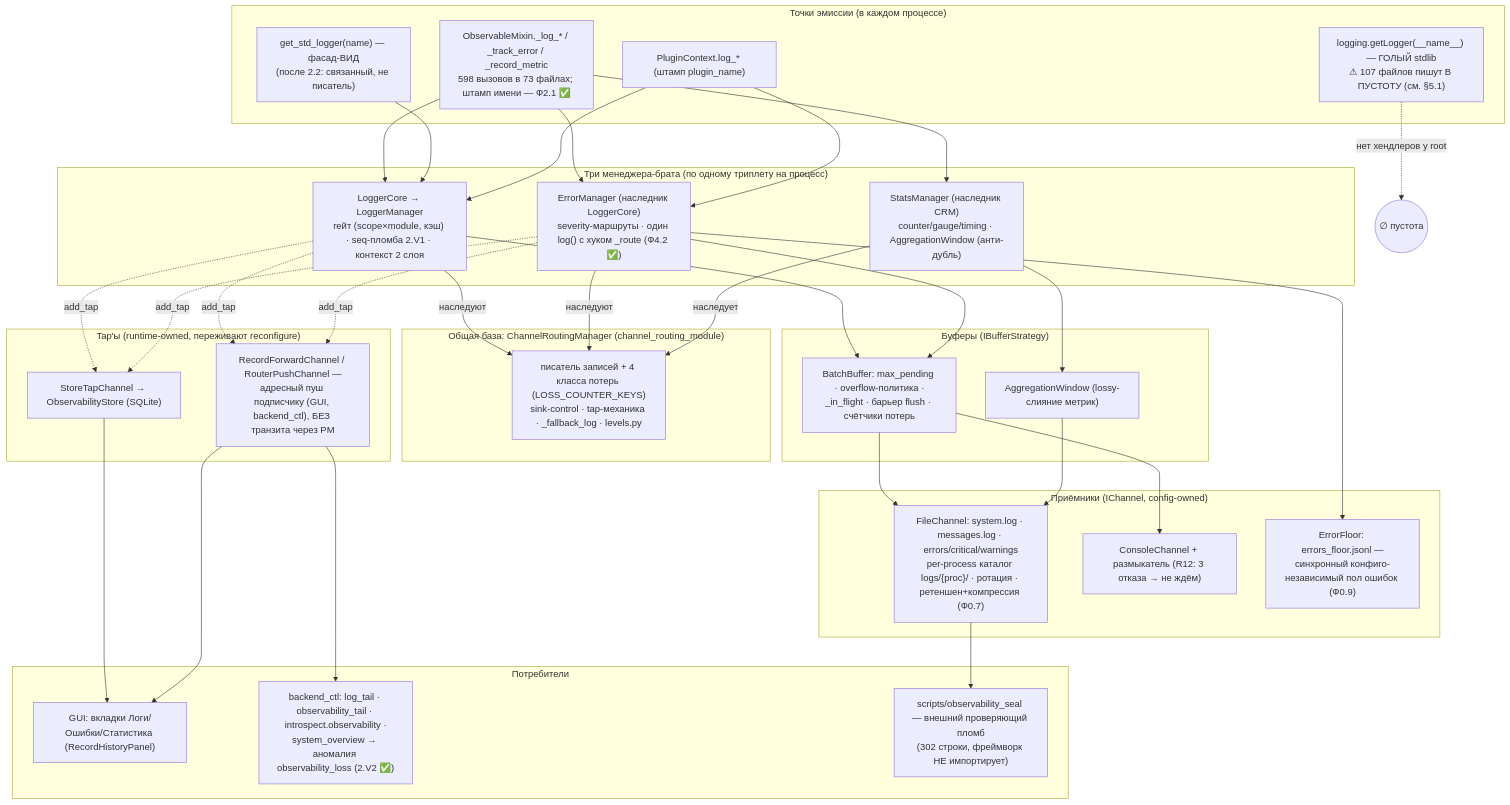
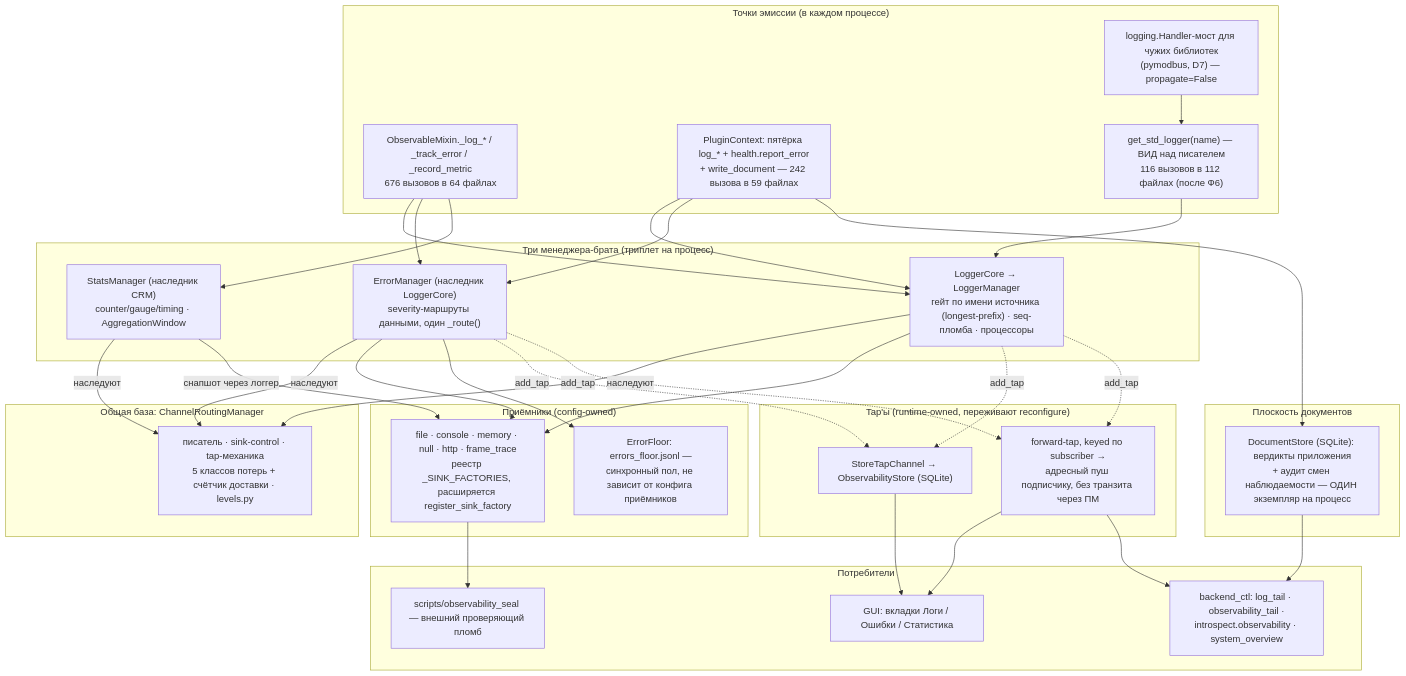
One commit to TWOKRAI/Inspector_bottles changed the diagram in multiprocess_framework/docs/OBSERVABILITY_MAP.md. Above: the diagram before and after it, drawn with Mermaid. The commit also changed other lines of this file and 25 other files, not shown here.

First line of the commit message:
docs(observability): E2 — переписать устаревшее, 18 файлов вместо 8

````diff
--- a/multiprocess_framework/docs/OBSERVABILITY_MAP.md
+++ b/multiprocess_framework/docs/OBSERVABILITY_MAP.md
@@ -16,56 +42,54 @@
 ```mermaid
 flowchart TB
     subgraph EMIT["Точки эмиссии (в каждом процессе)"]
-        MIX["ObservableMixin._log_* / _track_error / _record_metric<br/>598 вызовов в 73 файлах; штамп имени — Ф2.1 ✅"]
-        FAC["get_std_logger(name) — фасад-ВИД<br/>(после 2.2: связанный, не писатель)"]
-        CTX["PluginContext.log_* (штамп plugin_name)"]
-        STD["logging.getLogger(__name__) — ГОЛЫЙ stdlib<br/>⚠ 107 файлов пишут В ПУСТОТУ (см. §5.1)"]
+        MIX["ObservableMixin._log_* / _track_error / _record_metric<br/>676 вызовов в 64 файлах"]
+        CTX["PluginContext: пятёрка log_* + health.report_error<br/>+ write_document — 242 вызова в 59 файлах"]
+        FAC["get_std_logger(name) — ВИД над писателем<br/>116 вызовов в 112 файлах (после Ф6)"]
+        BRG["logging.Handler-мост для чужих библиотек<br/>(pymodbus, D7) — propagate=False"]
     end
 
-    subgraph CRM["Общая база: ChannelRoutingManager (channel_routing_module)"]
-        BASE["писатель записей + 4 класса потерь (LOSS_COUNTER_KEYS)<br/>sink-control · tap-механика · _fallback_log · levels.py"]
+    subgraph CRM["Общая база: ChannelRoutingManager"]
+        BASE["писатель · sink-control · tap-механика<br/>5 классов потерь + счётчик доставки · levels.py"]
     end
 
-    subgraph MGRS["Три менеджера-брата (по одному триплету на процесс)"]
-        LC["LoggerCore → LoggerManager<br/>гейт (scope×module, кэш) · seq-пломба 2.V1 · контекст 2 слоя"]
-        EM["ErrorManager (наследник LoggerCore)<br/>severity-маршруты · один log() с хуком _route (Ф4.2 ✅)"]
-        SM["StatsManager (наследник CRM)<br/>counter/gauge/timing · AggregationWindow (анти-дубль)"]
+    subgraph MGRS["Три менеджера-брата (триплет на процесс)"]
+        LC["LoggerCore → LoggerManager<br/>гейт по имени источника (longest-prefix) · seq-пломба · процессоры"]
+        EM["ErrorManager (наследник LoggerCore)<br/>severity-маршруты данными, один _route()"]
+        SM["StatsManager (наследник CRM)<br/>counter/gauge/timing · AggregationWindow"]
     end
 
-    subgraph BUF["Буферы (IBufferStrategy)"]
-        BB["BatchBuffer: max_pending · overflow-политика ·<br/>_in_flight · барьер flush · счётчики потерь"]
-        AW["AggregationWindow (lossy-слияние метрик)"]
-    end
-
-    subgraph SINKS["Приёмники (IChannel, config-owned)"]
-        FCH["FileChannel: system.log · messages.log · errors/critical/warnings<br/>per-process каталог logs/{proc}/ · ротация · ретеншен+компрессия (Ф0.7)"]
-        CON["ConsoleChannel + размыкатель (R12: 3 отказа → не ждём)"]
-        FLOOR["ErrorFloor: errors_floor.jsonl —<br/>синхронный конфиго-независимый пол ошибок (Ф0.9)"]
+    subgraph SINKS["Приёмники (config-owned)"]
+        FCH["file · console · memory · null · http · frame_trace<br/>реестр _SINK_FACTORIES, расширяется register_sink_factory"]
+        FLOOR["ErrorFloor: errors_floor.jsonl —<br/>синхронный пол, не зависит от конфига приёмников"]
     end
 
     subgraph TAPS["Tap'ы (runtime-owned, переживают reconfigure)"]
         STORE["StoreTapChannel → ObservabilityStore (SQLite)"]
-        FWD["RecordForwardChannel / RouterPushChannel —<br/>адресный пуш подписчику (GUI, backend_ctl), БЕЗ транзита через PM"]
+        FWD["forward-tap, keyed по subscriber →<br/>адресный пуш подписчику, без транзита через ПМ"]
+    end
+
+    subgraph DOCS["Плоскость документов"]
+        DS["DocumentStore (SQLite): вердикты приложения<br/>+ аудит смен наблюдаемости — ОДИН экземпляр на процесс"]
     end
 
     subgraph CONSUMERS["Потребители"]
-        GUI["GUI: вкладки Логи/Ошибки/Статистика (RecordHistoryPanel)"]
-        CTL["backend_ctl: log_tail · observability_tail · introspect.observability ·<br/>system_overview → аномалия observability_loss (2.V2 ✅)"]
-        SEAL["scripts/observability_seal — внешний проверяющий пломб<br/>(302 строки, фреймворк НЕ импортирует)"]
+        GUI["GUI: вкладки Логи / Ошибки / Статистика"]
+        CTL["backend_ctl: log_tail · observability_tail ·<br/>introspect.observability · system_overview"]
+        SEAL["scripts/observability_seal — внешний проверяющий пломб"]
     end
 
     MIX --> LC & EM & SM
+    CTX --> LC & EM & DS
     FAC --> LC
-    CTX --> LC & EM
-    STD -.->|"нет хендлеров у root"| VOID(("∅ пустота"))
-    LC & EM -->|наследуют| BASE
-    SM -->|наследует| BASE
-    LC --> BB --> FCH & CON
-    EM --> BB
+    BRG --> FAC
+    LC & EM & SM -->|наследуют| BASE
+    LC --> FCH
+    EM --> FCH
     EM --> FLOOR
-    SM --> AW --> FCH
+    SM -->|снапшот через логгер| FCH
     LC & EM -.->|add_tap| STORE & FWD
     STORE --> GUI
     FWD --> GUI & CTL
     FCH --> SEAL
+    DS --> CTL
 ```
````
